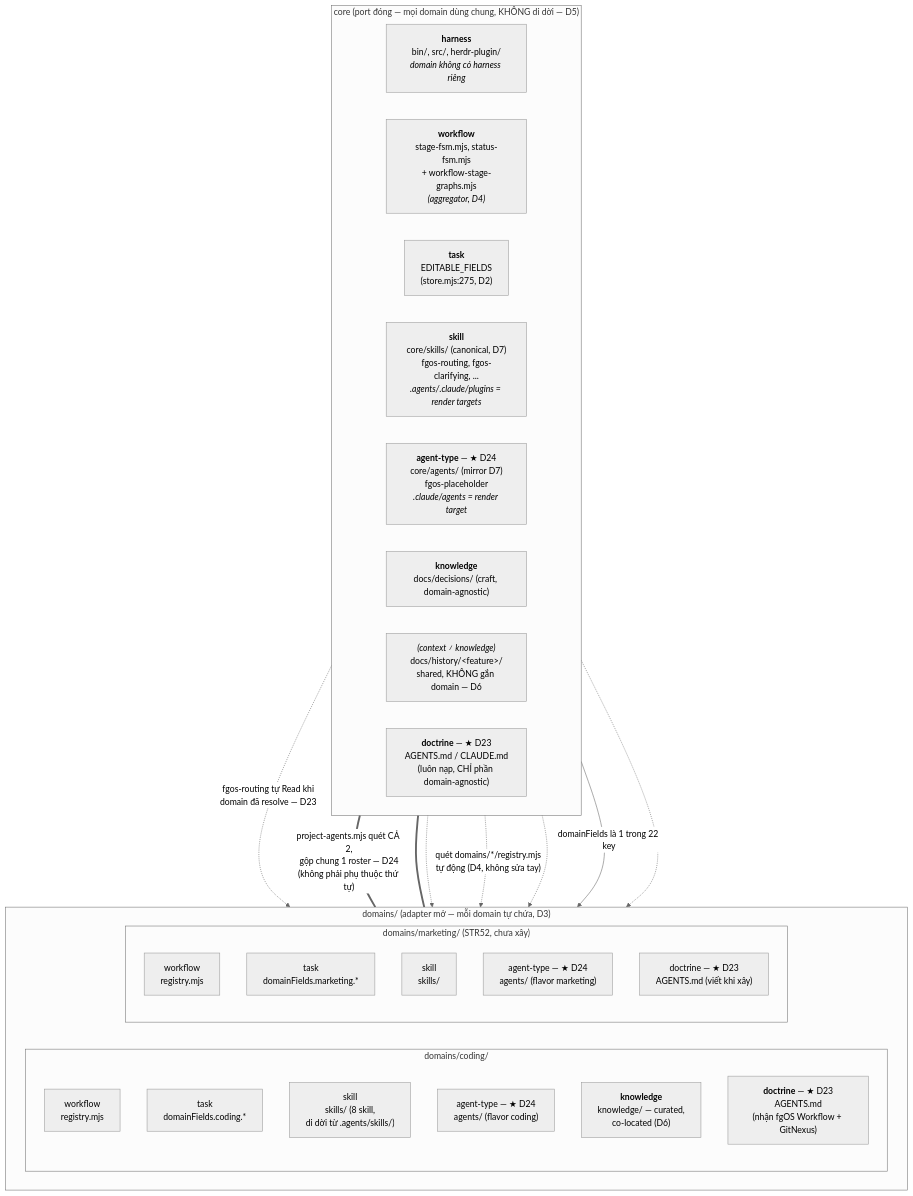
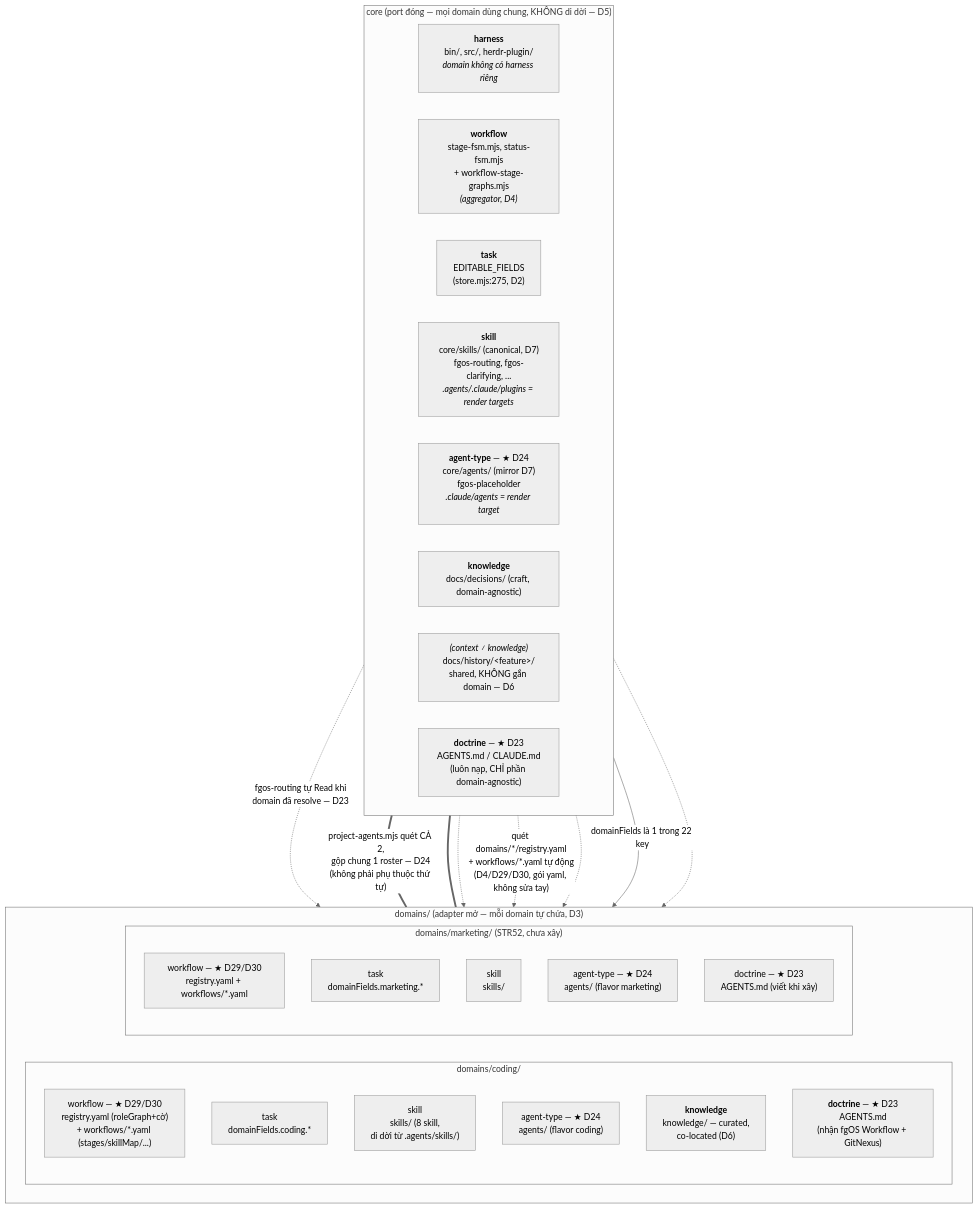
Before and after one commit to vantt/forgent: the first of 3 diagrams in docs/history/core-foundation-domain-boundary/DISCUSSION.md, drawn with Mermaid (neutral theme). The commit also changed other lines of this file, not shown here.

Commit message:
docs(tsk-397): lock D29/D30 -- all workflows (incl. feature) author as YAML under workflows/*.yaml, registry.mjs->registry.yaml (domain=pure YAML+prose, zero JS); rewrite task-domain-registry-split for the new split shape

````diff
--- a/docs/history/core-foundation-domain-boundary/DISCUSSION.md
+++ b/docs/history/core-foundation-domain-boundary/DISCUSSION.md
@@ -787,45 +826,45 @@
 ```mermaid
 flowchart TB
     subgraph CORE["core (port đóng — mọi domain dùng chung, KHÔNG di dời — D5)"]
         direction LR
         harness_core["<b>harness</b><br/>bin/, src/, herdr-plugin/<br/><i>domain không có harness riêng</i>"]
         workflow_core["<b>workflow</b><br/>stage-fsm.mjs, status-fsm.mjs<br/>+ workflow-stage-graphs.mjs<br/><i>(aggregator, D4)</i>"]
         task_core["<b>task</b><br/>EDITABLE_FIELDS<br/>(store.mjs:275, D2)"]
         skill_core["<b>skill</b><br/>core/skills/ (canonical, D7)<br/>fgos-routing, fgos-clarifying, ...<br/><i>.agents/.claude/plugins = render targets</i>"]
         agent_core["<b>agent-type</b> — ★ D24<br/>core/agents/ (mirror D7)<br/>fgos-placeholder<br/><i>.claude/agents = render target</i>"]
         knowledge_core["<b>knowledge</b><br/>docs/decisions/ (craft, domain-agnostic)"]
         context_core["<i>(context ≠ knowledge)</i><br/>docs/history/&lt;feature&gt;/<br/>shared, KHÔNG gắn domain — D6"]
         doctrine_core["<b>doctrine</b> — ★ D23<br/>AGENTS.md / CLAUDE.md<br/>(luôn nạp, CHỈ phần domain-agnostic)"]
     end
 
     subgraph DOMAINS["domains/ (adapter mở — mỗi domain tự chứa, D3)"]
         direction LR
         subgraph CODING["domains/coding/"]
             direction TB
-            wf_c["workflow<br/>registry.mjs"]
+            wf_c["workflow — ★ D29/D30<br/>registry.yaml (roleGraph+cờ)<br/>+ workflows/*.yaml (stages/skillMap/...)"]
             tk_c["task<br/>domainFields.coding.*"]
             sk_c["skill<br/>skills/ (8 skill,<br/>di dời từ .agents/skills/)"]
             ag_c["agent-type — ★ D24<br/>agents/ (flavor coding)"]
             kn_c["<b>knowledge</b><br/>knowledge/ — curated,<br/>co-located (D6)"]
             dc_c["<b>doctrine</b> — ★ D23<br/>AGENTS.md<br/>(nhận fgOS Workflow + GitNexus)"]
         end
         subgraph MARKETING["domains/marketing/ (STR52, chưa xây)"]
             direction TB
-            wf_m["workflow<br/>registry.mjs"]
+            wf_m["workflow — ★ D29/D30<br/>registry.yaml + workflows/*.yaml"]
             tk_m["task<br/>domainFields.marketing.*"]
             sk_m["skill<br/>skills/"]
             ag_m["agent-type — ★ D24<br/>agents/ (flavor marketing)"]
             dc_m["doctrine — ★ D23<br/>AGENTS.md (viết khi xây)"]
         end
     end
 
     doctrine_core -. "fgos-routing tự Read khi<br/>domain đã resolve — D23" .-> dc_c
     agent_core === |"project-agents.mjs quét CẢ 2,<br/>gộp chung 1 roster — D24<br/>(không phải phụ thuộc thứ tự)"| ag_c
     agent_core === ag_m
     doctrine_core -.-> dc_m
 
-    workflow_core -. "quét domains/*/registry.mjs<br/>tự động (D4, không sửa tay)" .-> wf_c
+    workflow_core -. "quét domains/*/registry.yaml<br/>+ workflows/*.yaml tự động<br/>(D4/D29/D30, gói yaml, không sửa tay)" .-> wf_c
     workflow_core -.-> wf_m
     task_core -- "domainFields là 1 trong 22 key" --> tk_c
     task_core -.-> tk_m
 ```
````
